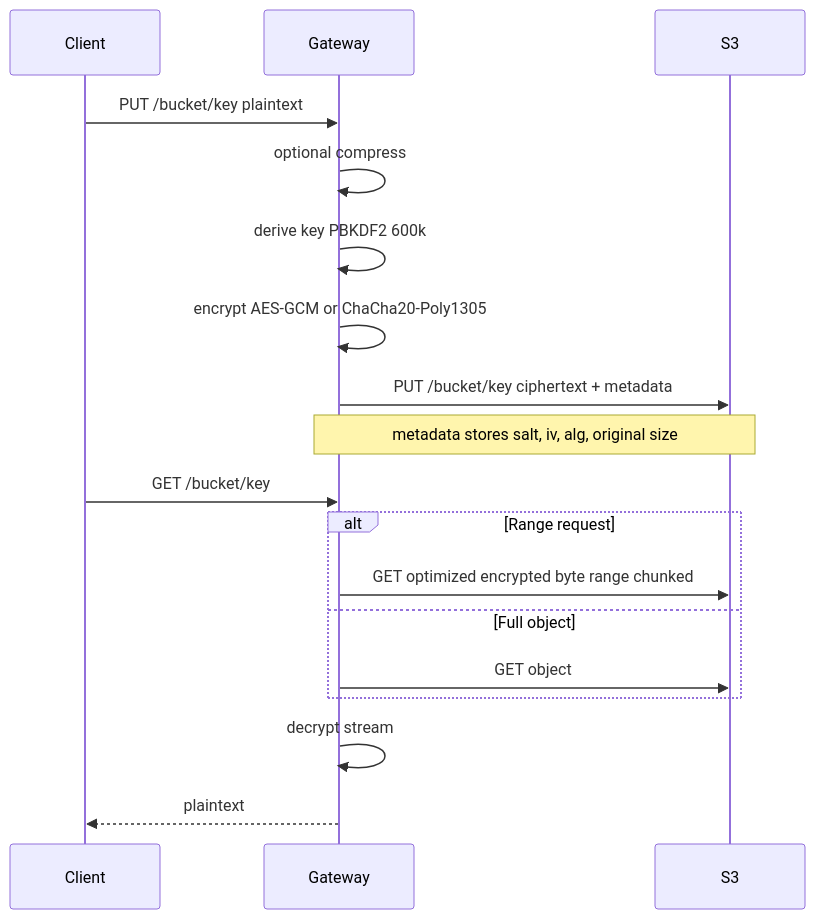
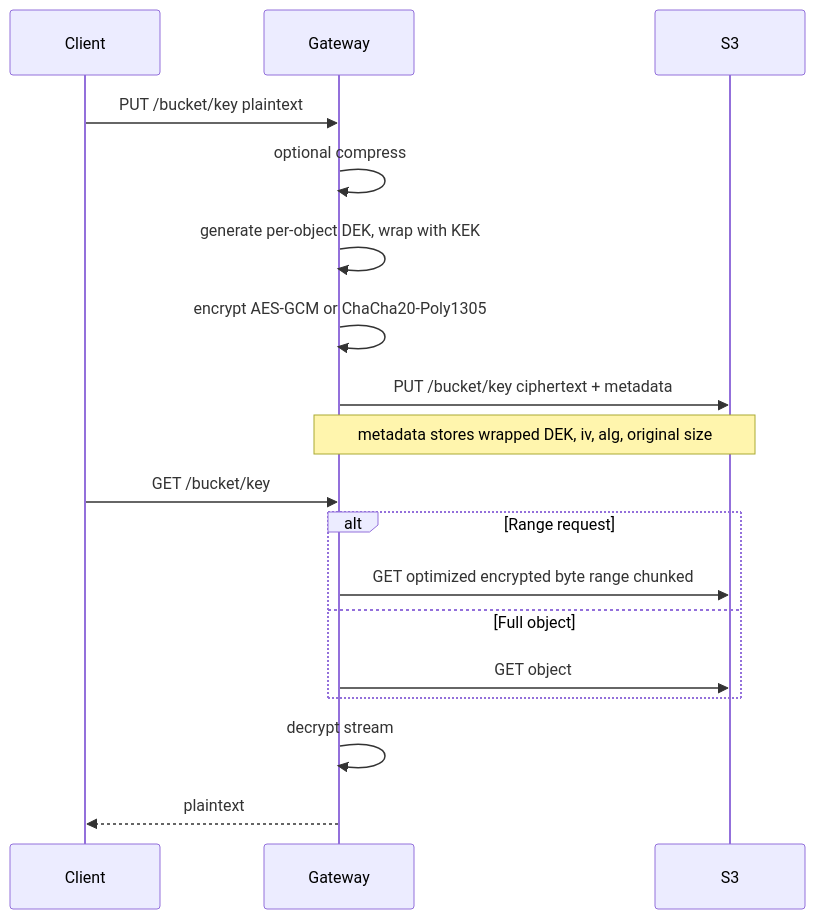
The second of 2 diagrams in README.md (cloud37/s3-encryption-gateway), drawn with Mermaid before and after one commit. The commit also changed other lines of this file, not shown here.

````diff
--- a/README.md
+++ b/README.md
@@ -668,20 +809,20 @@
 ```mermaid
 sequenceDiagram
   participant Client
   participant Gateway
   participant S3
   Client->>Gateway: PUT /bucket/key plaintext
   Gateway->>Gateway: optional compress
-  Gateway->>Gateway: derive key PBKDF2 600k
+  Gateway->>Gateway: generate per-object DEK, wrap with KEK
   Gateway->>Gateway: encrypt AES-GCM or ChaCha20-Poly1305
   Gateway->>S3: PUT /bucket/key ciphertext + metadata
-  Note over Gateway,S3: metadata stores salt, iv, alg, original size
+  Note over Gateway,S3: metadata stores wrapped DEK, iv, alg, original size
   Client->>Gateway: GET /bucket/key
   alt Range request
     Gateway->>S3: GET optimized encrypted byte range chunked
   else Full object
     Gateway->>S3: GET object
   end
   Gateway->>Gateway: decrypt stream
   Gateway-->>Client: plaintext
 ```
````
